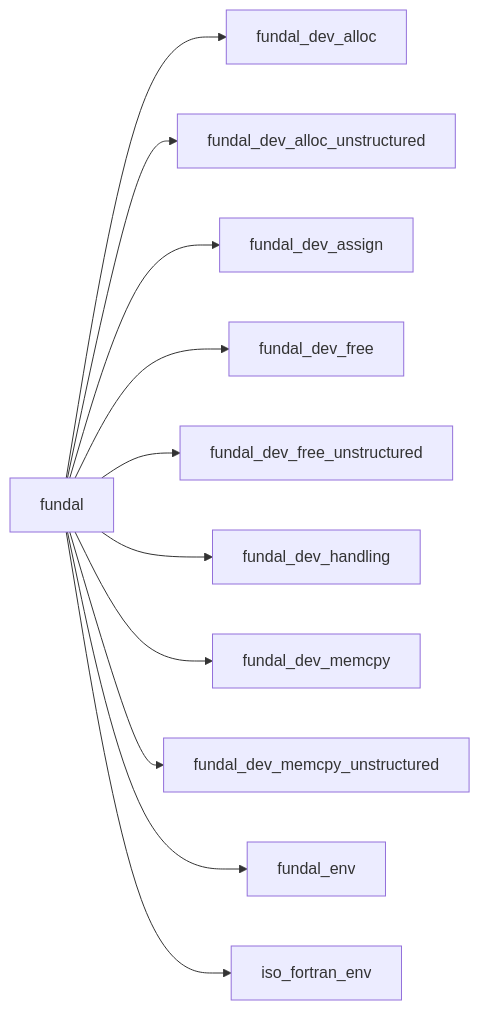
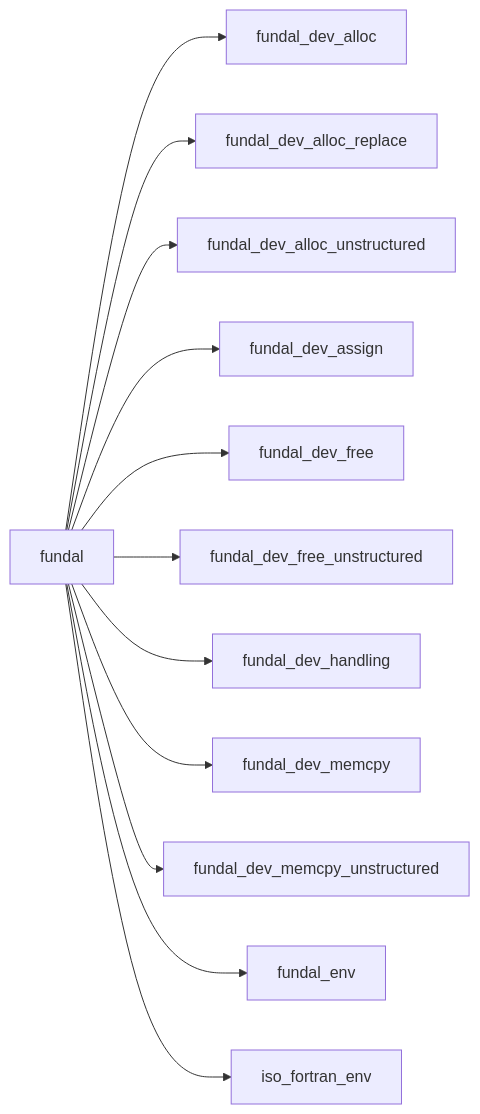
One commit to szaghi/FUNDAL changed the first of 2 diagrams in docs/api/src/lib/fundal.md. Above: the diagram before and after it, drawn with Mermaid. The commit also changed other lines of this file and 12 other files, not shown here.

````diff
--- a/docs/api/src/lib/fundal.md
+++ b/docs/api/src/lib/fundal.md
@@ -13,13 +13,14 @@
 ```mermaid
 graph LR
   fundal["fundal"] --> fundal_dev_alloc["fundal_dev_alloc"]
+  fundal["fundal"] --> fundal_dev_alloc_replace["fundal_dev_alloc_replace"]
   fundal["fundal"] --> fundal_dev_alloc_unstructured["fundal_dev_alloc_unstructured"]
   fundal["fundal"] --> fundal_dev_assign["fundal_dev_assign"]
   fundal["fundal"] --> fundal_dev_free["fundal_dev_free"]
   fundal["fundal"] --> fundal_dev_free_unstructured["fundal_dev_free_unstructured"]
   fundal["fundal"] --> fundal_dev_handling["fundal_dev_handling"]
   fundal["fundal"] --> fundal_dev_memcpy["fundal_dev_memcpy"]
   fundal["fundal"] --> fundal_dev_memcpy_unstructured["fundal_dev_memcpy_unstructured"]
   fundal["fundal"] --> fundal_env["fundal_env"]
   fundal["fundal"] --> iso_fortran_env["iso_fortran_env"]
 ```
````
